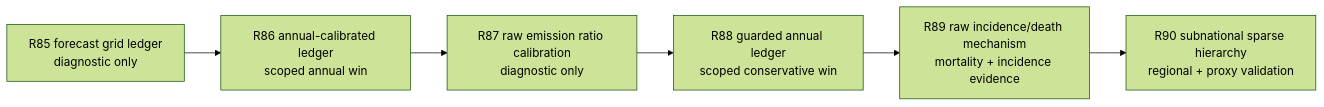
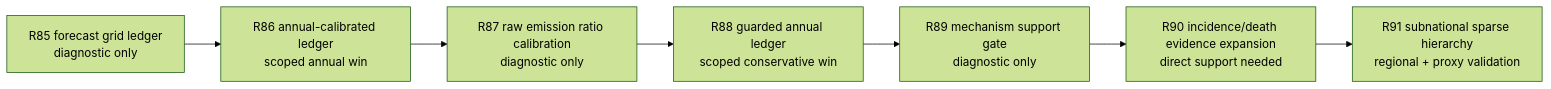
One commit to gauravshajepal-hash/ModelHIV-PH changed the fifth of 5 diagrams in README.md. Above: the diagram before and after it, drawn with Mermaid (forest theme). The commit also changed other lines of this file and 4 other files, not shown here.

Commit message:
Add R89 incidence mortality support gate

````diff
--- a/README.md
+++ b/README.md
@@ -277,8 +282,9 @@
 ```mermaid
 flowchart LR
     R85["R85 forecast grid ledger<br/>diagnostic only"] --> R86["R86 annual-calibrated ledger<br/>scoped annual win"]
     R86 --> R87["R87 raw emission ratio calibration<br/>diagnostic only"]
     R87 --> R88["R88 guarded annual ledger<br/>scoped conservative win"]
-    R88 --> R89["R89 raw incidence/death mechanism<br/>mortality + incidence evidence"]
-    R89 --> R90["R90 subnational sparse hierarchy<br/>regional + proxy validation"]
+    R88 --> R89["R89 mechanism support gate<br/>diagnostic only"]
+    R89 --> R90["R90 incidence/death evidence expansion<br/>direct support needed"]
+    R90 --> R91["R91 subnational sparse hierarchy<br/>regional + proxy validation"]
 ```
````
